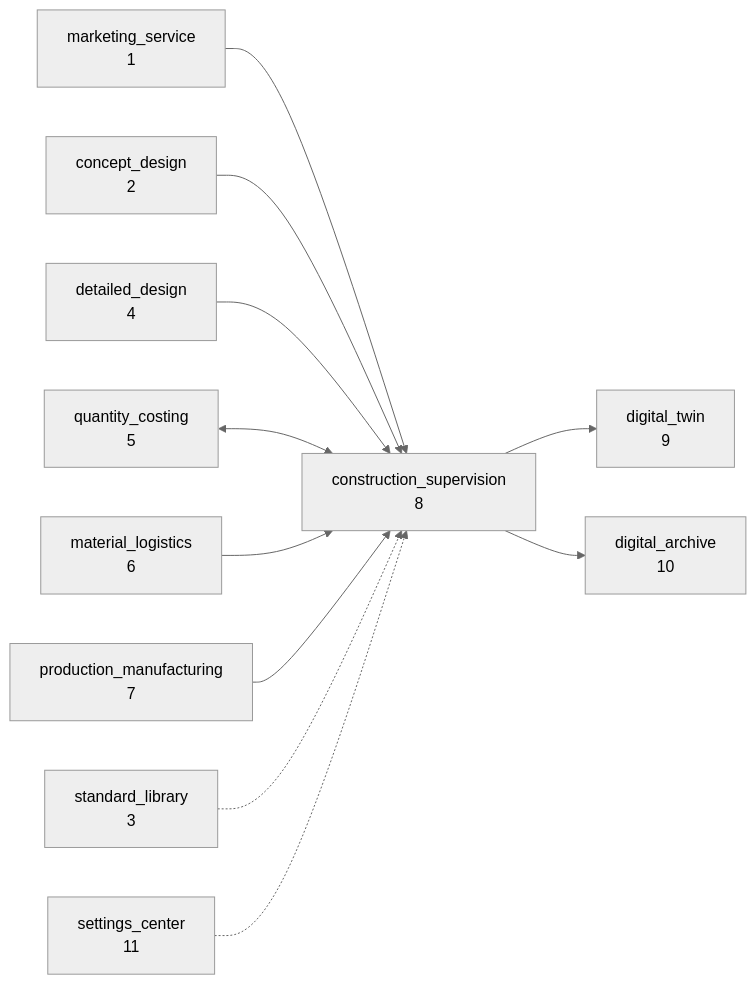
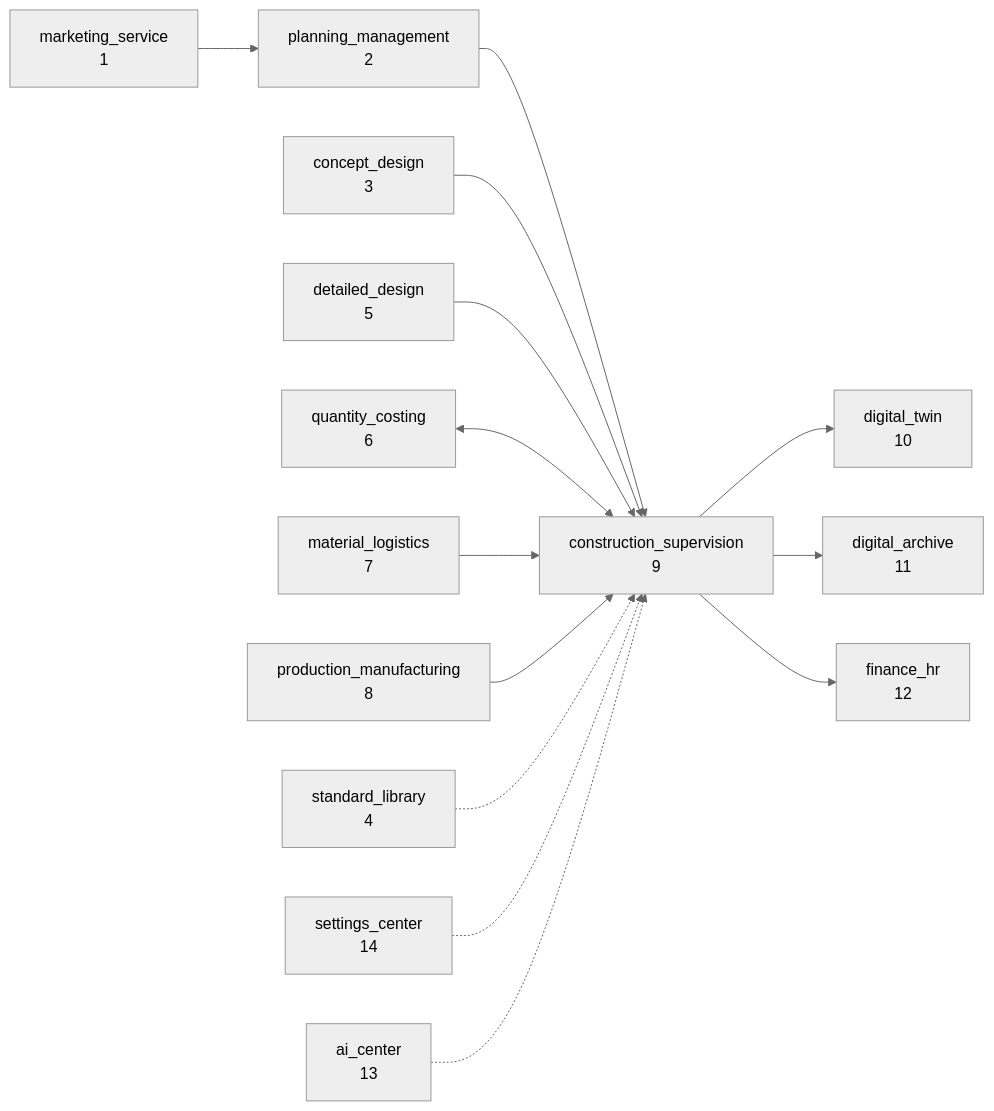
The diagram in 04-backend/agent-orchestrator/prompts/construction_supervision/INTEGRATION.md (ActiveInAI/ArchIToken), drawn with Mermaid (neutral theme) before and after one commit. The commit also changed other lines of this file and 15 other files, not shown here.

````diff
--- a/04-backend/agent-orchestrator/prompts/construction_supervision/INTEGRATION.md
+++ b/04-backend/agent-orchestrator/prompts/construction_supervision/INTEGRATION.md
@@ -9,13 +9,16 @@
 ```mermaid
 flowchart LR
-    MS[marketing_service<br/>1] --> CS[construction_supervision<br/>8]
-    CD[concept_design<br/>2] --> CS
-    DD[detailed_design<br/>4] --> CS
-    QC[quantity_costing<br/>5] <--> CS
-    ML[material_logistics<br/>6] --> CS
-    MF[production_manufacturing<br/>7] --> CS
-    SL[standard_library<br/>3] -.-> CS
-    SC[settings_center<br/>11] -.-> CS
-    CS --> DT[digital_twin<br/>9]
-    CS --> DA[digital_archive<br/>10]
+    MS[marketing_service<br/>1] --> PM[planning_management<br/>2]
+    PM --> CS[construction_supervision<br/>9]
+    CD[concept_design<br/>3] --> CS
+    DD[detailed_design<br/>5] --> CS
+    QC[quantity_costing<br/>6] <--> CS
+    ML[material_logistics<br/>7] --> CS
+    MF[production_manufacturing<br/>8] --> CS
+    SL[standard_library<br/>4] -.-> CS
+    SC[settings_center<br/>14] -.-> CS
+    AI[ai_center<br/>13] -.-> CS
+    CS --> DT[digital_twin<br/>10]
+    CS --> DA[digital_archive<br/>11]
+    CS --> FH[finance_hr<br/>12]
 ```
````
